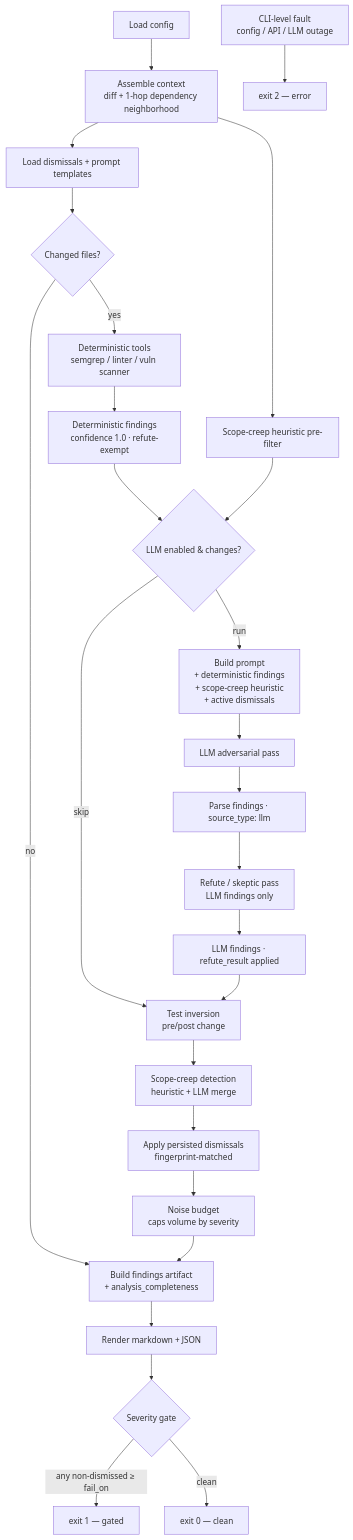
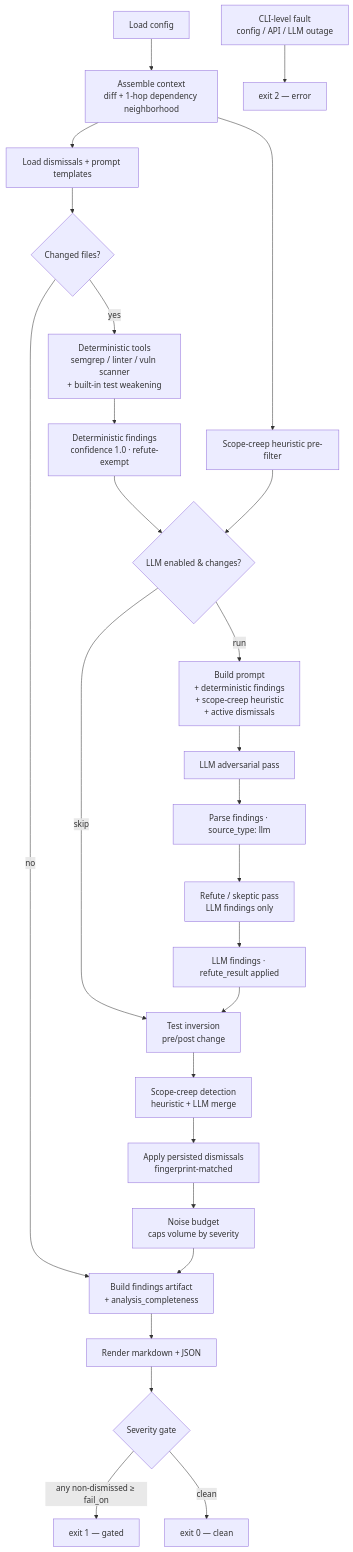
Before and after one commit to WilliamK112/core: the first of 3 diagrams in docs/architecture.md, drawn with Mermaid. The commit also changed other lines of this file and 1 other file, not shown here.

First line of the commit message:
docs(architecture): document test-weakening + add dashboard/prompt-templates/glob to component map

````diff
--- a/docs/architecture.md
+++ b/docs/architecture.md
@@ -15,28 +15,28 @@
 ```mermaid
 flowchart TD
     C[Load config] --> CX[Assemble context<br/>diff + 1-hop dependency neighborhood]
     CX --> DS[Load dismissals + prompt templates]
     DS --> CH{Changed files?}
     CH -- no --> ART
-    CH -- yes --> TOOLS[Deterministic tools<br/>semgrep / linter / vuln scanner]
+    CH -- yes --> TOOLS[Deterministic tools<br/>semgrep / linter / vuln scanner<br/>+ built-in test weakening]
     TOOLS --> DF[Deterministic findings<br/>confidence 1.0 · refute-exempt]
     CX --> SCH[Scope-creep heuristic pre-filter]
     SCH --> LG{LLM enabled & changes?}
     DF --> LG
     LG -- skip --> TI
     LG -- run --> PROMPT[Build prompt<br/>+ deterministic findings<br/>+ scope-creep heuristic<br/>+ active dismissals]
     PROMPT --> CALL[LLM adversarial pass]
     CALL --> PARSE[Parse findings · source_type: llm]
     PARSE --> REFUTE[Refute / skeptic pass<br/>LLM findings only]
     REFUTE --> LLMF[LLM findings · refute_result applied]
     LLMF --> TI
     TI[Test inversion<br/>pre/post change] --> SC[Scope-creep detection<br/>heuristic + LLM merge]
     SC --> DISM[Apply persisted dismissals<br/>fingerprint-matched]
     DISM --> NB[Noise budget<br/>caps volume by severity]
     NB --> ART[Build findings artifact<br/>+ analysis_completeness]
     ART --> RPT[Render markdown + JSON]
     RPT --> GATE{Severity gate}
     GATE -- "any non-dismissed ≥ fail_on" --> E1[exit 1 — gated]
     GATE -- clean --> E0[exit 0 — clean]
     FAULT[CLI-level fault<br/>config / API / LLM outage] --> E2[exit 2 — error]
 ```
````
